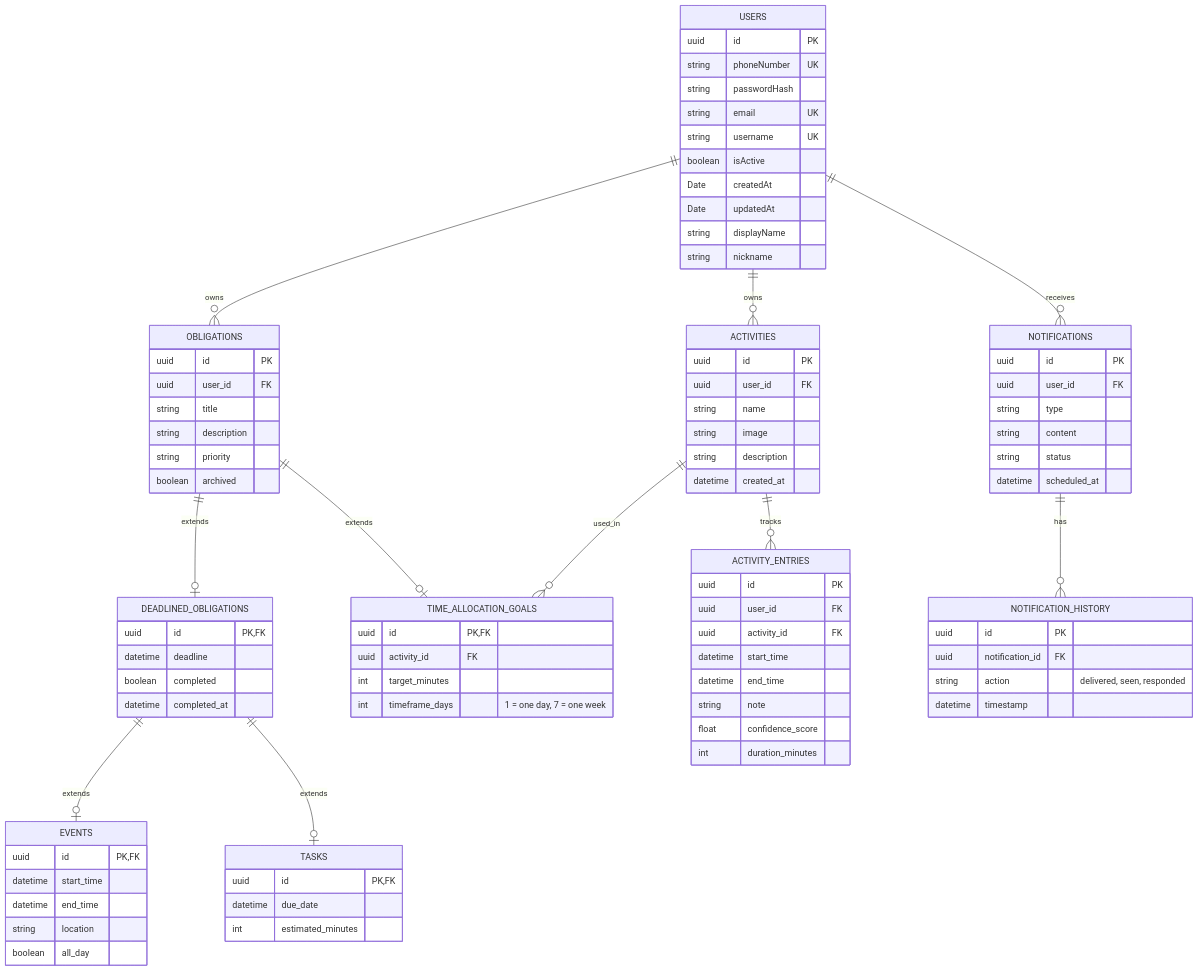
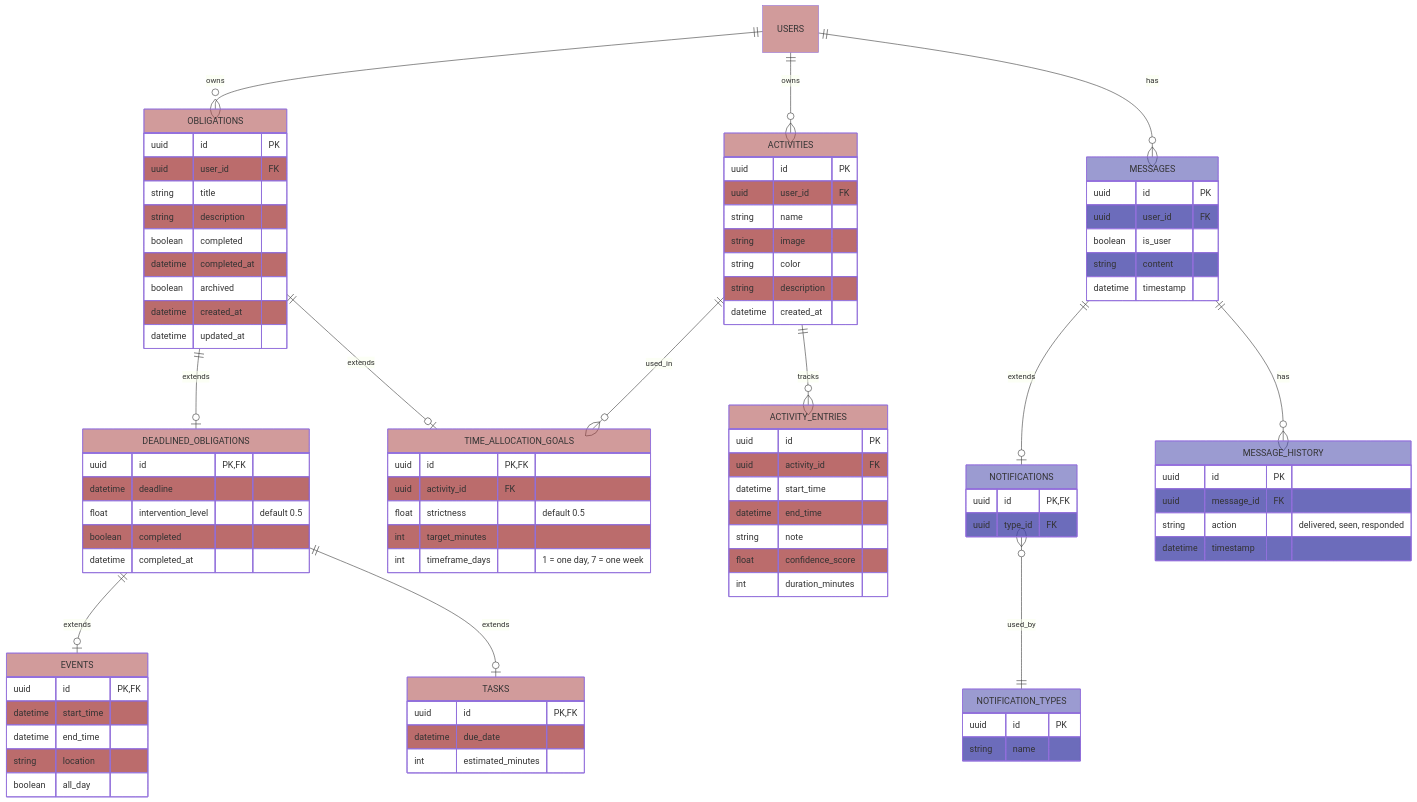
The second of 3 diagrams in backend/docs/erdiagram.md (hadiahmad06/jiko), drawn with Mermaid before and after one commit. The commit also changed other lines of this file and 7 other files, not shown here.

Commit message:
[4o] backend: db: created setup scripts for dynamodb and postgres, updated er diagram to reflect

````diff
--- a/backend/docs/erdiagram.md
+++ b/backend/docs/erdiagram.md
@@ -3,35 +28,28 @@
 ```mermaid
 erDiagram
-    USERS {
-        uuid id PK
-        string phoneNumber UK
-        string passwordHash
-        string email UK
-        string username UK
-        boolean isActive
-        Date createdAt
-        Date updatedAt
-        string displayName
-        string nickname
-    }
+    USERS:::postgres
 
-    OBLIGATIONS {
+    OBLIGATIONS:::postgres {
         uuid id PK
         uuid user_id FK
         string title
         string description
-        string priority
+        boolean completed
+        datetime completed_at
         boolean archived
+        datetime created_at
+        datetime updated_at
     }
 
-    DEADLINED_OBLIGATIONS {
+    DEADLINED_OBLIGATIONS:::postgres {
         uuid id PK, FK
         datetime deadline
+        float intervention_level "default 0.5"
         boolean completed
         datetime completed_at
     }
 
-    EVENTS {
+    EVENTS:::postgres {
         uuid id PK, FK
         datetime start_time
         datetime end_time
@@ -39,47 +57,57 @@
         boolean all_day
     }
 
-    TASKS {
+    TASKS:::postgres {
         uuid id PK, FK
         datetime due_date
         int estimated_minutes
     }
 
-    TIME_ALLOCATION_GOALS {
+    TIME_ALLOCATION_GOALS:::postgres {
         uuid id PK, FK
         uuid activity_id FK
+        float strictness "default 0.5"
         int target_minutes
         int timeframe_days "1 = one day, 7 = one week"
     }
 
-    NOTIFICATIONS {
+    MESSAGES:::dynamodb {
         uuid id PK
         uuid user_id FK
-        string type
+        boolean is_user
         string content
-        string status
-        datetime scheduled_at
+        datetime timestamp
     }
 
-    NOTIFICATION_HISTORY {
+    NOTIFICATION_TYPES:::dynamodb {
         uuid id PK
-        uuid notification_id FK
+        string name
+    }
+
+    NOTIFICATIONS:::dynamodb {
+        uuid id PK, FK
+        uuid type_id FK
+    }
+
+    MESSAGE_HISTORY:::dynamodb {
+        uuid id PK
+        uuid message_id FK
         string action "delivered, seen, responded"
         datetime timestamp
     }
 
-    ACTIVITIES {
+    ACTIVITIES:::postgres {
         uuid id PK
         uuid user_id FK
         string name
         string image
+        string color
         string description
         datetime created_at
     }
 
-    ACTIVITY_ENTRIES {
+    ACTIVITY_ENTRIES:::postgres {
         uuid id PK
-        uuid user_id FK
         uuid activity_id FK
         datetime start_time
         datetime end_time
@@ -96,7 +124,11 @@
     OBLIGATIONS ||--o| TIME_ALLOCATION_GOALS : "extends"
     DEADLINED_OBLIGATIONS ||--o| EVENTS : "extends"
     DEADLINED_OBLIGATIONS ||--o| TASKS : "extends"
-    USERS ||--o{ NOTIFICATIONS : "receives"
-    NOTIFICATIONS ||--o{ NOTIFICATION_HISTORY : "has"
+    USERS ||--o{ MESSAGES : "has"
+    MESSAGES ||--o| NOTIFICATIONS : "extends"
+    NOTIFICATIONS }o--|| NOTIFICATION_TYPES : "used_by"
+    MESSAGES ||--o{ MESSAGE_HISTORY : "has"
     
+    classDef postgres fill:#a448
+    classDef dynamodb fill:#44a8
 ```
````
